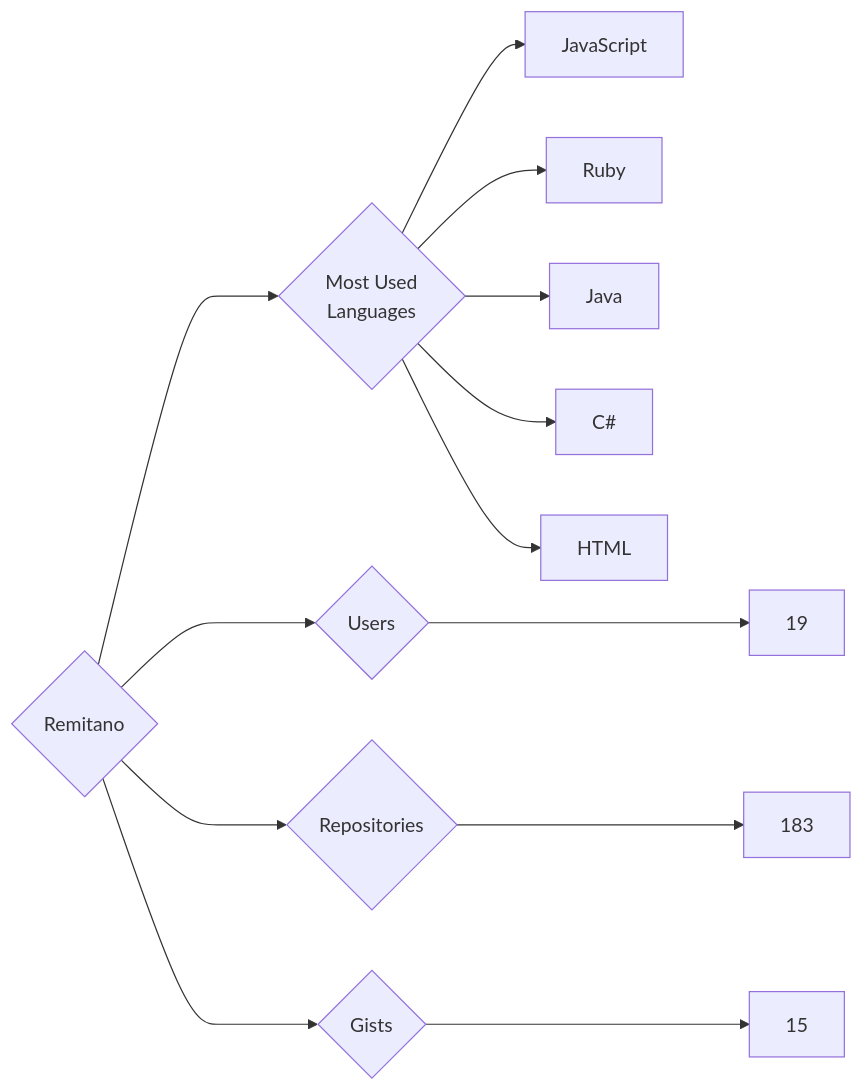
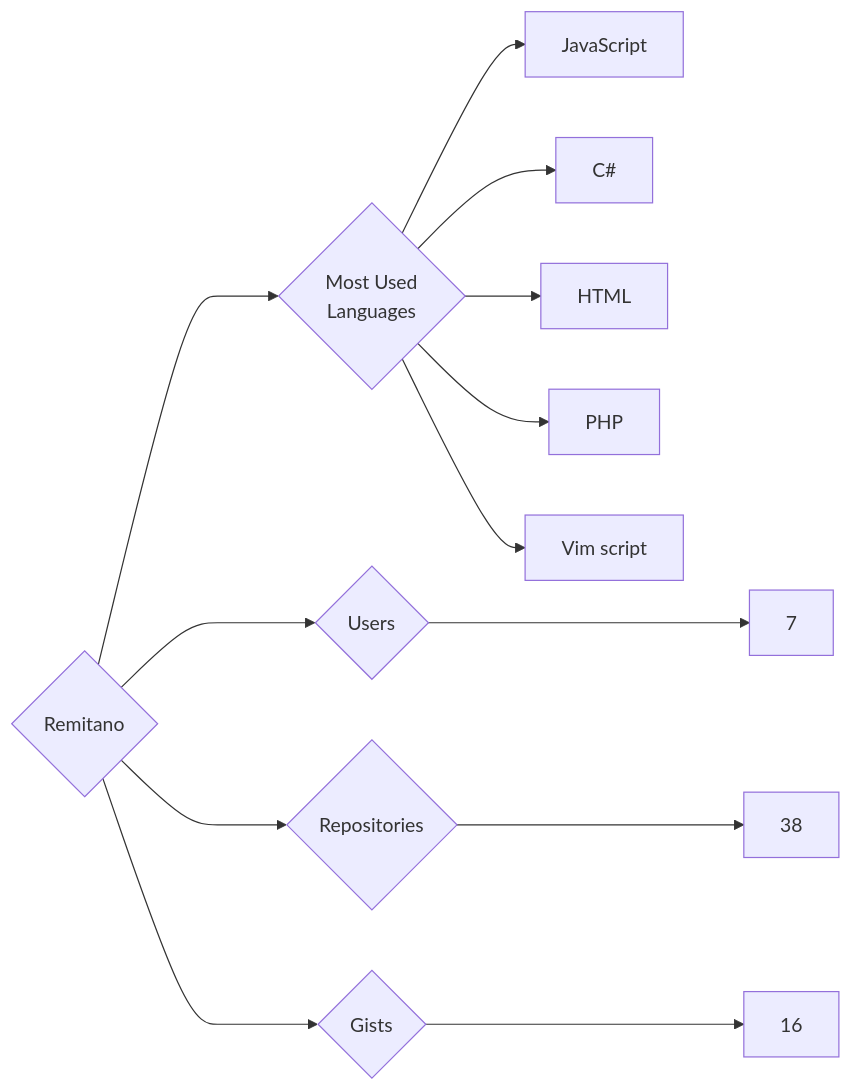
Before and after one commit to trickest/insiders: the diagram in targets/Remitano/README.md, drawn with Mermaid. The commit also changed 970 other files, not shown here.

````diff
--- a/targets/Remitano/README.md
+++ b/targets/Remitano/README.md
@@ -3,13 +3,13 @@
 ```mermaid
 graph LR
 COMPANY_NAME{Remitano}
-COMPANY_NAME ---> U{Users} ---> UN[19]
-COMPANY_NAME ---> R{Repositories} ---> RN[183]
-COMPANY_NAME ---> G{Gists} ---> GN[15]
+COMPANY_NAME ---> U{Users} ---> UN[7]
+COMPANY_NAME ---> R{Repositories} ---> RN[38]
+COMPANY_NAME ---> G{Gists} ---> GN[16]
 COMPANY_NAME ---> ML{Most Used<br>Languages}
 ML --> JavaScript[JavaScript]
-ML --> Ruby[Ruby]
-ML --> Java[Java]
 ML --> C#[C#]
 ML --> HTML[HTML]
+ML --> PHP[PHP]
+ML --> Vim_script[Vim script]
 ```
````
